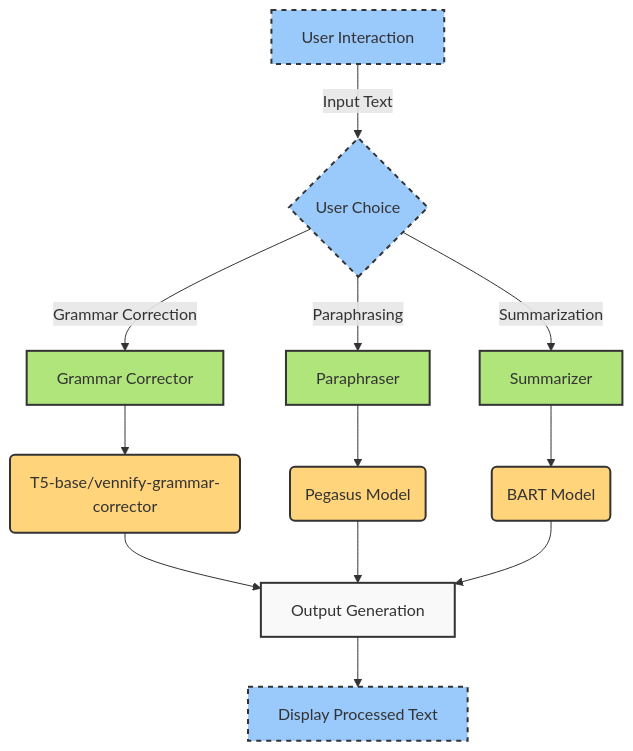
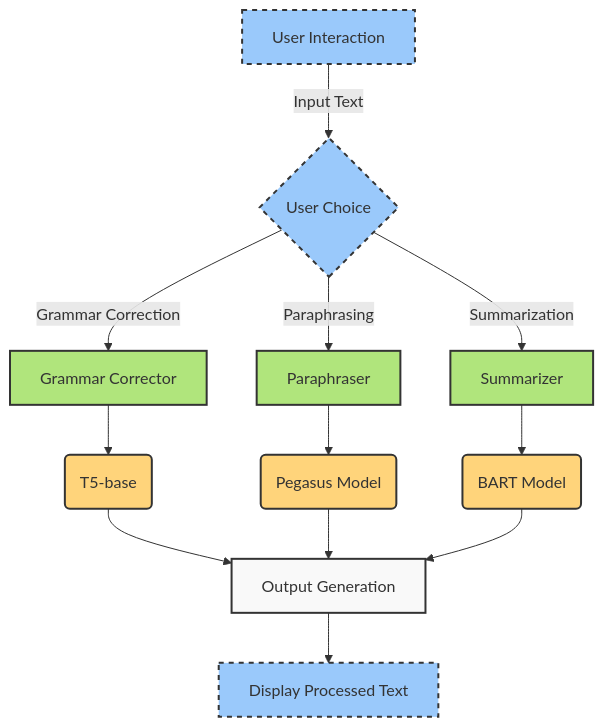
One commit to kunalnathkaustav/TextWizard- changed the diagram in README.md. Above: the diagram before and after it, drawn with Mermaid.

````diff
--- a/README.md
+++ b/README.md
@@ -37,28 +37,28 @@
 ```mermaid
 graph TD
   A[User Interaction] -->|Input Text| B{User Choice}
   B -->|Grammar Correction| C[Grammar Corrector]
   B -->|Paraphrasing| D[Paraphraser]
   B -->|Summarization| E[Summarizer]
   
   style A fill:#9ac9fb,stroke:#333,stroke-width:2px,stroke-dasharray: 5 5;
   style B fill:#9ac9fb,stroke:#333,stroke-width:2px,stroke-dasharray: 5 5;
   style C fill:#b0e57c,stroke:#333,stroke-width:2px;
   style D fill:#b0e57c,stroke:#333,stroke-width:2px;
   style E fill:#b0e57c,stroke:#333,stroke-width:2px;
   style F fill:#ffd47b,stroke:#333,stroke-width:2px;
   style G fill:#ffd47b,stroke:#333,stroke-width:2px;
   style H fill:#ffd47b,stroke:#333,stroke-width:2px;
   style I fill:#f9f9f9,stroke:#333,stroke-width:2px;
   style J fill:#9ac9fb,stroke:#333,stroke-width:2px,stroke-dasharray: 5 5;
   
-  C --> F(T5-base/vennify-grammar-corrector)
+  C --> F(T5-base)
   D --> G(Pegasus Model)
   E --> H(BART Model)
   
   F --> I[Output Generation]
   G --> I[Output Generation]
   H --> I[Output Generation]
   
   I --> J[Display Processed Text]
 ```
````
